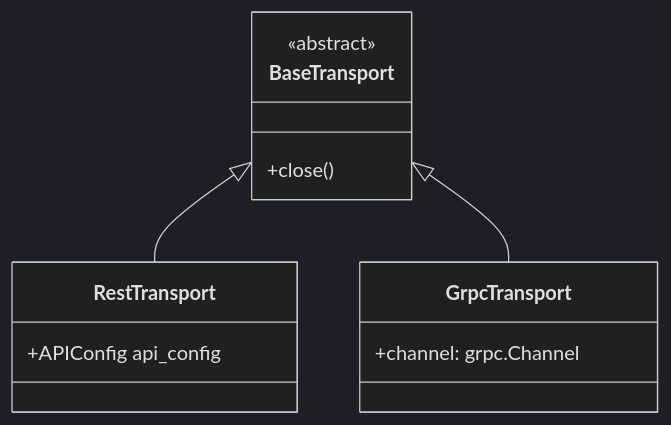
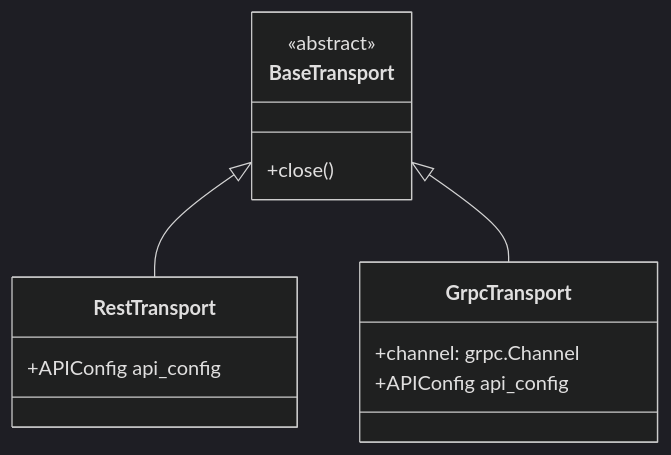
The diagram in src/kentik_api/transports/README.md (alexdearaujo/community_sdk_python), drawn with Mermaid (dark theme) before and after one commit. The commit also changed other lines of this file and 37 other files, not shown here.

````diff
--- a/src/kentik_api/transports/README.md
+++ b/src/kentik_api/transports/README.md
@@ -16,16 +16,17 @@
 ```mermaid
 classDiagram
     class BaseTransport {
         <<abstract>>
         +close()
     }
     class RestTransport {
         +APIConfig api_config
     }
     class GrpcTransport {
         +channel: grpc.Channel
+        +APIConfig api_config
     }
     BaseTransport <|-- RestTransport
     BaseTransport <|-- GrpcTransport
 
 ```
````
